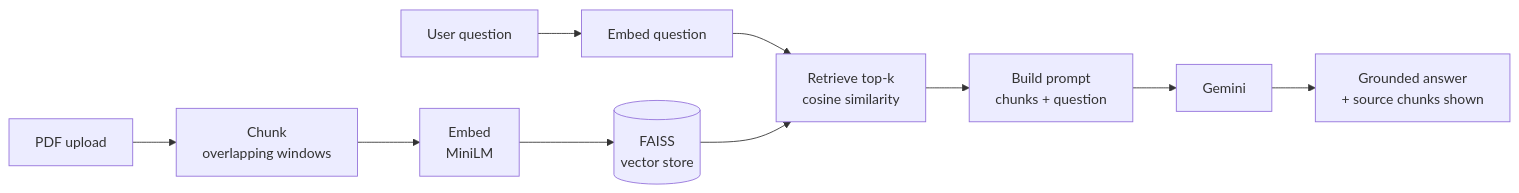
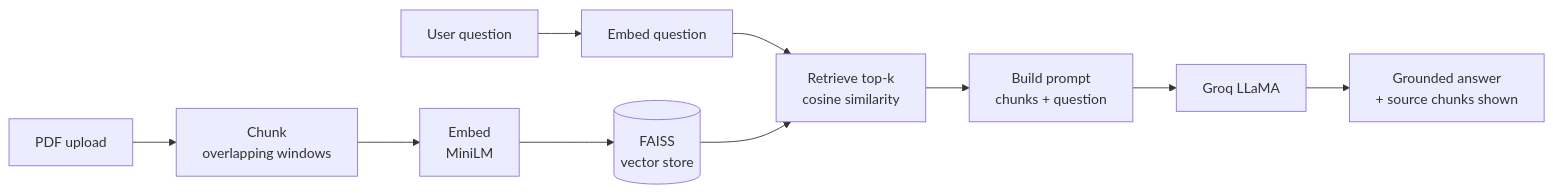
One commit to Varungupta2003/rag-document-assistant changed the diagram in README.md. Above: the diagram before and after it, drawn with Mermaid. The commit also changed other lines of this file, not shown here.

Commit message:
Update README: add live demo link, Groq tech stack, screenshot

````diff
--- a/README.md
+++ b/README.md
@@ -19,12 +22,12 @@
 ```mermaid
 flowchart LR
     A[PDF upload] --> B[Chunk<br/>overlapping windows]
     B --> C[Embed<br/>MiniLM]
     C --> D[(FAISS<br/>vector store)]
     Q[User question] --> E[Embed question]
     E --> F[Retrieve top-k<br/>cosine similarity]
     D --> F
     F --> G[Build prompt<br/>chunks + question]
-    G --> H[Gemini]
+    G --> H[Groq LLaMA]
     H --> I[Grounded answer<br/>+ source chunks shown]
 ```
````
